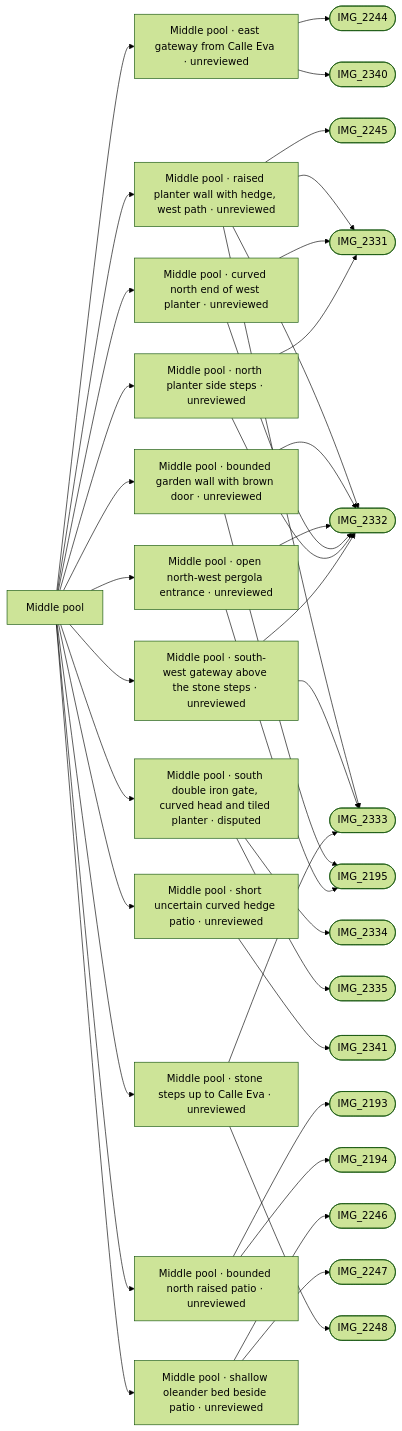
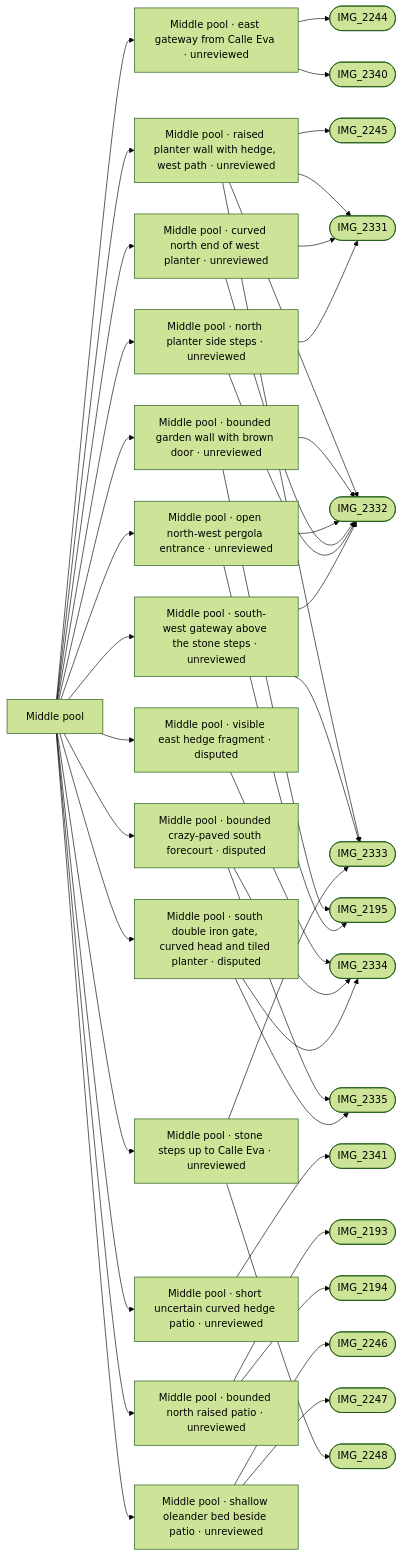
The diagram in refs/areas/middle-pool.md (daveyboyc/villacana-venture), drawn with Mermaid (forest theme) before and after one commit. The commit also changed other lines of this file and 33 other files, not shown here.

Commit message:
Draft photo-backed middle pool south forecourt and record photo inventory

````diff
--- a/refs/areas/middle-pool.md
+++ b/refs/areas/middle-pool.md
@@ -56,41 +57,46 @@
 ```mermaid
 graph LR
   A["Middle pool"]
   A --> F0["Middle pool · east gateway from Calle Eva · unreviewed"]
   F0 --> PIMG_2244_jpg(["IMG_2244"])
   F0 --> PIMG_2340_jpg(["IMG_2340"])
   A --> F1["Middle pool · raised planter wall with hedge, west path · unreviewed"]
   F1 --> PIMG_2245_jpg(["IMG_2245"])
   F1 --> PIMG_2331_jpg(["IMG_2331"])
   F1 --> PIMG_2332_jpg(["IMG_2332"])
   F1 --> PIMG_2333_jpg(["IMG_2333"])
   A --> F2["Middle pool · bounded garden wall with brown door · unreviewed"]
   F2 --> PIMG_2195_jpg(["IMG_2195"])
   F2 --> PIMG_2332_jpg(["IMG_2332"])
   A --> F3["Middle pool · open north-west pergola entrance · unreviewed"]
   F3 --> PIMG_2195_jpg(["IMG_2195"])
   F3 --> PIMG_2332_jpg(["IMG_2332"])
   A --> F4["Middle pool · curved north end of west planter · unreviewed"]
   F4 --> PIMG_2331_jpg(["IMG_2331"])
   F4 --> PIMG_2332_jpg(["IMG_2332"])
   A --> F5["Middle pool · north planter side steps · unreviewed"]
   F5 --> PIMG_2331_jpg(["IMG_2331"])
   F5 --> PIMG_2332_jpg(["IMG_2332"])
-  A --> F6["Middle pool · south double iron gate, curved head and tiled planter · disputed"]
+  A --> F6["Middle pool · visible east hedge fragment · disputed"]
   F6 --> PIMG_2334_jpg(["IMG_2334"])
-  F6 --> PIMG_2335_jpg(["IMG_2335"])
-  A --> F7["Middle pool · south-west gateway above the stone steps · unreviewed"]
-  F7 --> PIMG_2332_jpg(["IMG_2332"])
-  F7 --> PIMG_2333_jpg(["IMG_2333"])
-  A --> F8["Middle pool · short uncertain curved hedge patio · unreviewed"]
-  F8 --> PIMG_2341_jpg(["IMG_2341"])
-  A --> F9["Middle pool · bounded north raised patio · unreviewed"]
-  F9 --> PIMG_2193_jpg(["IMG_2193"])
-  F9 --> PIMG_2194_jpg(["IMG_2194"])
-  A --> F10["Middle pool · shallow oleander bed beside patio · unreviewed"]
-  F10 --> PIMG_2246_jpg(["IMG_2246"])
-  F10 --> PIMG_2247_jpg(["IMG_2247"])
-  A --> F11["Middle pool · stone steps up to Calle Eva · unreviewed"]
-  F11 --> PIMG_2248_jpg(["IMG_2248"])
-  F11 --> PIMG_2333_jpg(["IMG_2333"])
+  A --> F7["Middle pool · bounded crazy-paved south forecourt · disputed"]
+  F7 --> PIMG_2334_jpg(["IMG_2334"])
+  F7 --> PIMG_2335_jpg(["IMG_2335"])
+  A --> F8["Middle pool · south double iron gate, curved head and tiled planter · disputed"]
+  F8 --> PIMG_2334_jpg(["IMG_2334"])
+  F8 --> PIMG_2335_jpg(["IMG_2335"])
+  A --> F9["Middle pool · south-west gateway above the stone steps · unreviewed"]
+  F9 --> PIMG_2332_jpg(["IMG_2332"])
+  F9 --> PIMG_2333_jpg(["IMG_2333"])
+  A --> F10["Middle pool · short uncertain curved hedge patio · unreviewed"]
+  F10 --> PIMG_2341_jpg(["IMG_2341"])
+  A --> F11["Middle pool · bounded north raised patio · unreviewed"]
+  F11 --> PIMG_2193_jpg(["IMG_2193"])
+  F11 --> PIMG_2194_jpg(["IMG_2194"])
+  A --> F12["Middle pool · shallow oleander bed beside patio · unreviewed"]
+  F12 --> PIMG_2246_jpg(["IMG_2246"])
+  F12 --> PIMG_2247_jpg(["IMG_2247"])
+  A --> F13["Middle pool · stone steps up to Calle Eva · unreviewed"]
+  F13 --> PIMG_2248_jpg(["IMG_2248"])
+  F13 --> PIMG_2333_jpg(["IMG_2333"])
 ```
````
